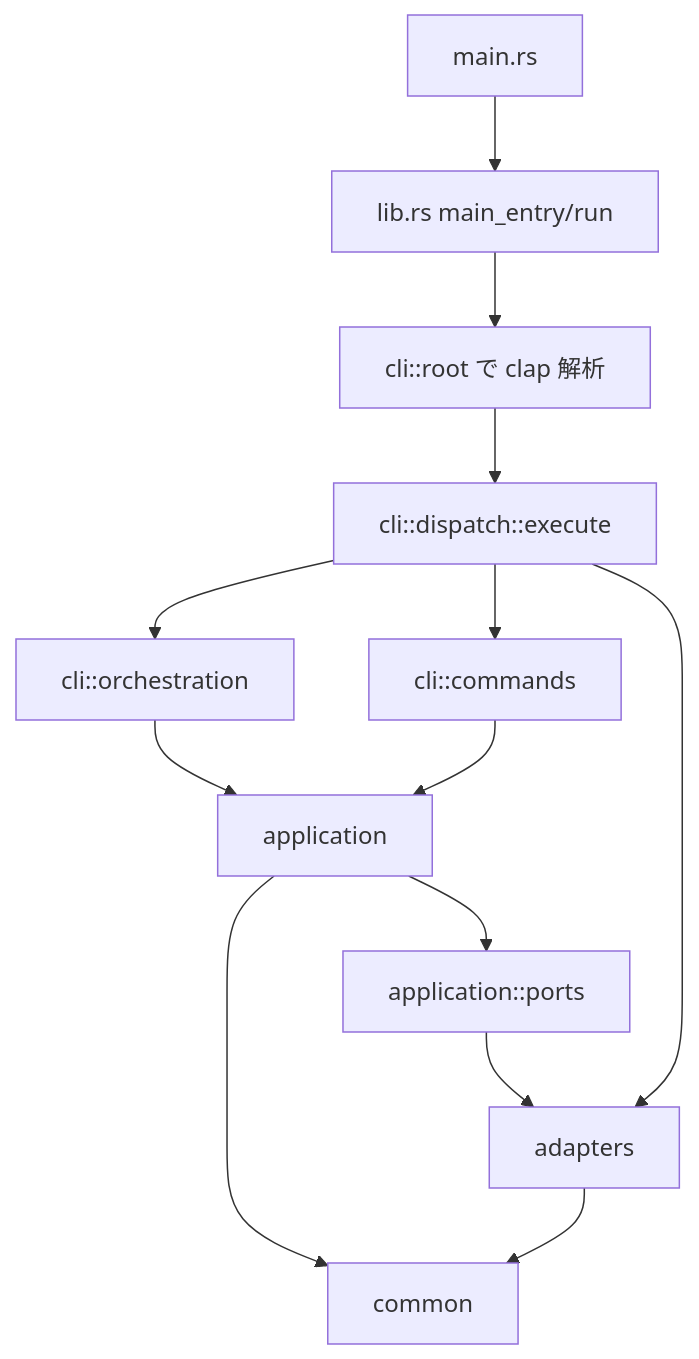
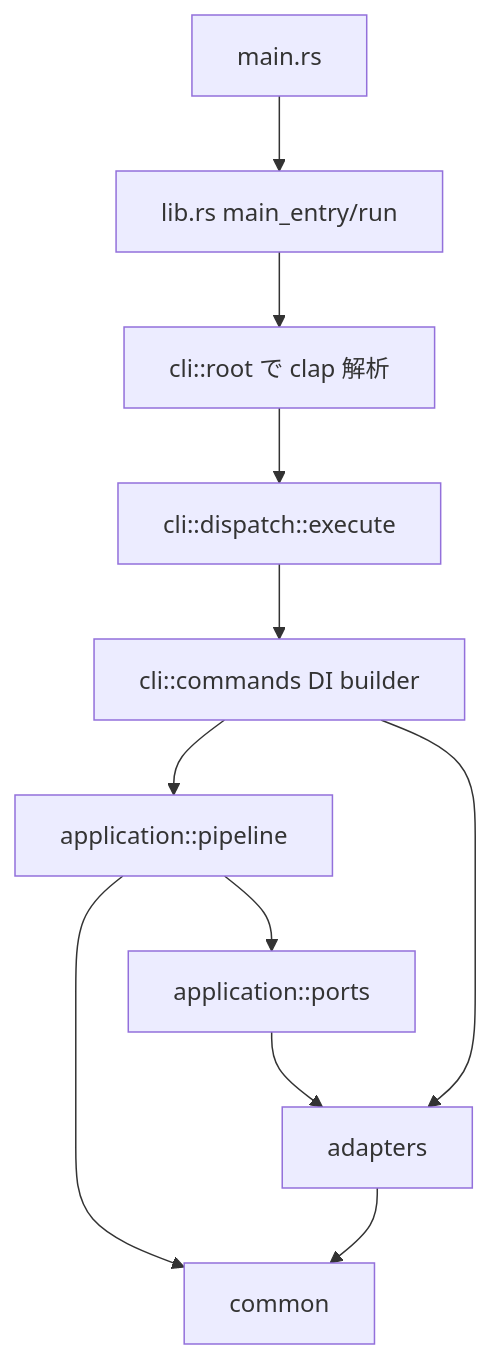
One commit to ato-run/ato changed the diagram in docs/architecture-overview.md. Above: the diagram before and after it, drawn with Mermaid. The commit also changed other lines of this file and 37 other files, not shown here.

````diff
--- a/docs/architecture-overview.md
+++ b/docs/architecture-overview.md
@@ -18,15 +18,13 @@
 ```mermaid
 flowchart TD
     A[main.rs] --> B[lib.rs main_entry/run]
     B --> C[cli::root で clap 解析]
     C --> D[cli::dispatch::execute]
-    D --> E[cli::orchestration]
-    D --> F[cli::commands]
-    E --> G[application]
-    F --> G
-    G --> H[application::ports]
-    H --> I[adapters]
-    D --> I
-    G --> J[common]
-    I --> J
+    D --> E[cli::commands DI builder]
+    E --> F[application::pipeline]
+    F --> G[application::ports]
+    G --> H[adapters]
+    E --> H
+    F --> I[common]
+    H --> I
 ```
````
